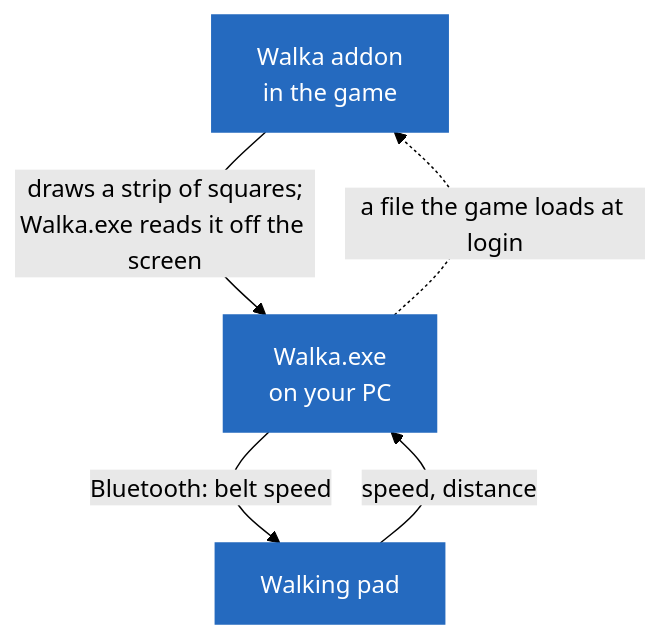
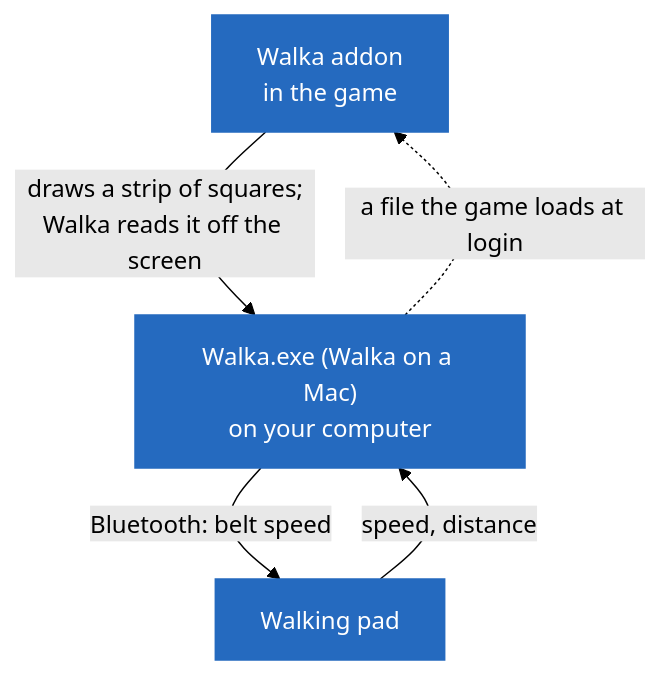
The diagram in README.md (AntonyPerez0/walka-addon), drawn with Mermaid (forest theme) before and after one commit. The commit also changed other lines of this file and 13 other files, not shown here.

First line of the commit message:
README and docs: Walka on a Mac

````diff
--- a/README.md
+++ b/README.md
@@ -171,9 +184,9 @@
 ```mermaid
 flowchart TB
-  addon["Walka addon<br/>in the game"] -- "draws a strip of squares;<br/>Walka.exe reads it off the screen" --> exe["Walka.exe<br/>on your PC"]
+  addon["Walka addon<br/>in the game"] -- "draws a strip of squares;<br/>Walka reads it off the screen" --> exe["Walka.exe (Walka on a Mac)<br/>on your computer"]
   exe -- "Bluetooth: belt speed" --> pad["Walking pad"]
   pad -- "speed, distance" --> exe
   exe -. "a file the game loads at login" .-> addon
   classDef box fill:#256abf,stroke:#256abf,color:#ffffff
   class addon,exe,pad box
 ```
````
